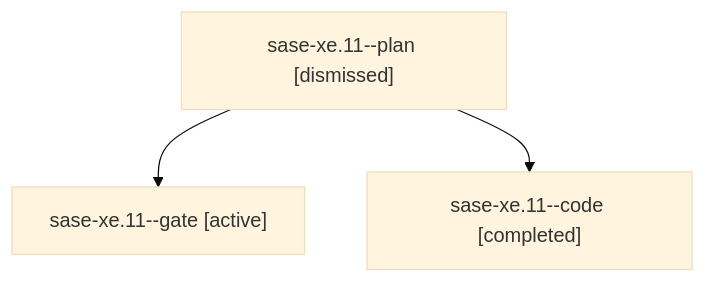
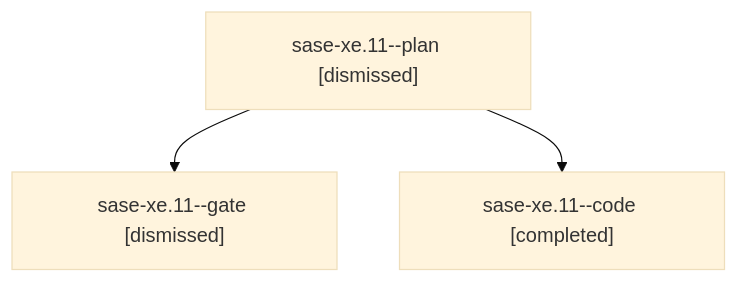
Before and after one commit to sase-org/sase--agents: the diagram in sessions/bbugyi200.athena.sase-xe.11.md, drawn with Mermaid (base theme). The commit also changed other lines of this file and 323 other files, not shown here.

````diff
--- a/sessions/bbugyi200.athena.sase-xe.11.md
+++ b/sessions/bbugyi200.athena.sase-xe.11.md
@@ -9,8 +9,8 @@
 ```mermaid
 flowchart TD
   n0["sase-xe.11--plan [dismissed]"]
-  n1["sase-xe.11--gate [active]"]
+  n1["sase-xe.11--gate [dismissed]"]
   n0 --> n1
   n2["sase-xe.11--code [completed]"]
   n0 --> n2
 ```
````
